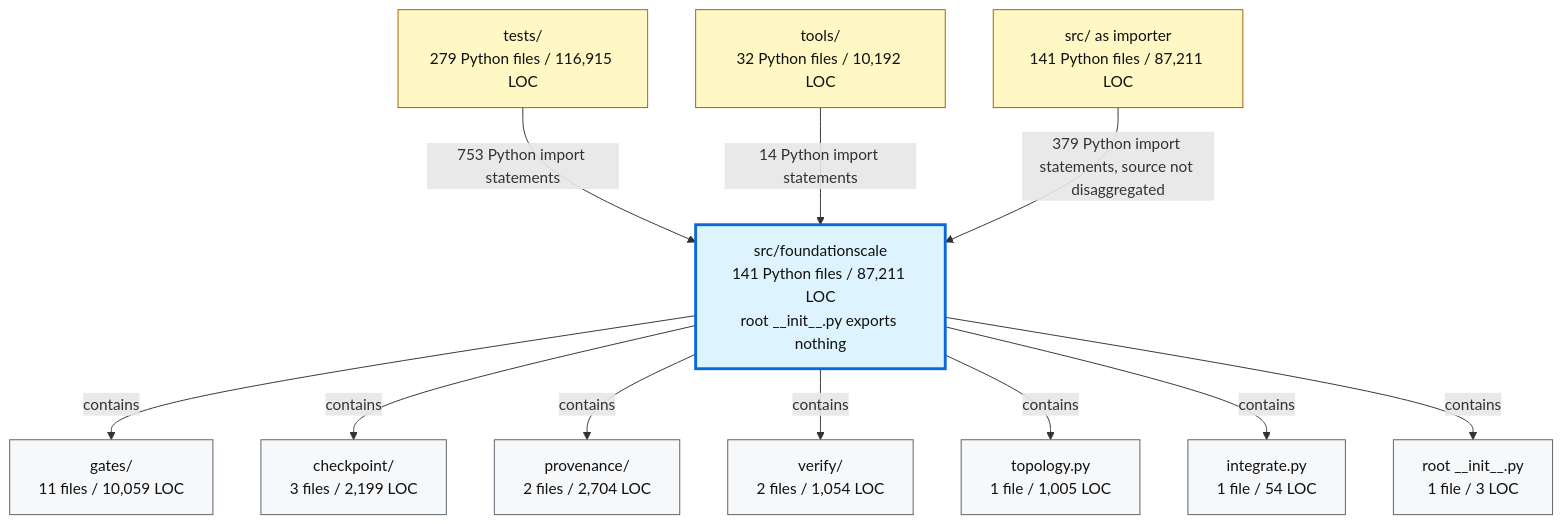
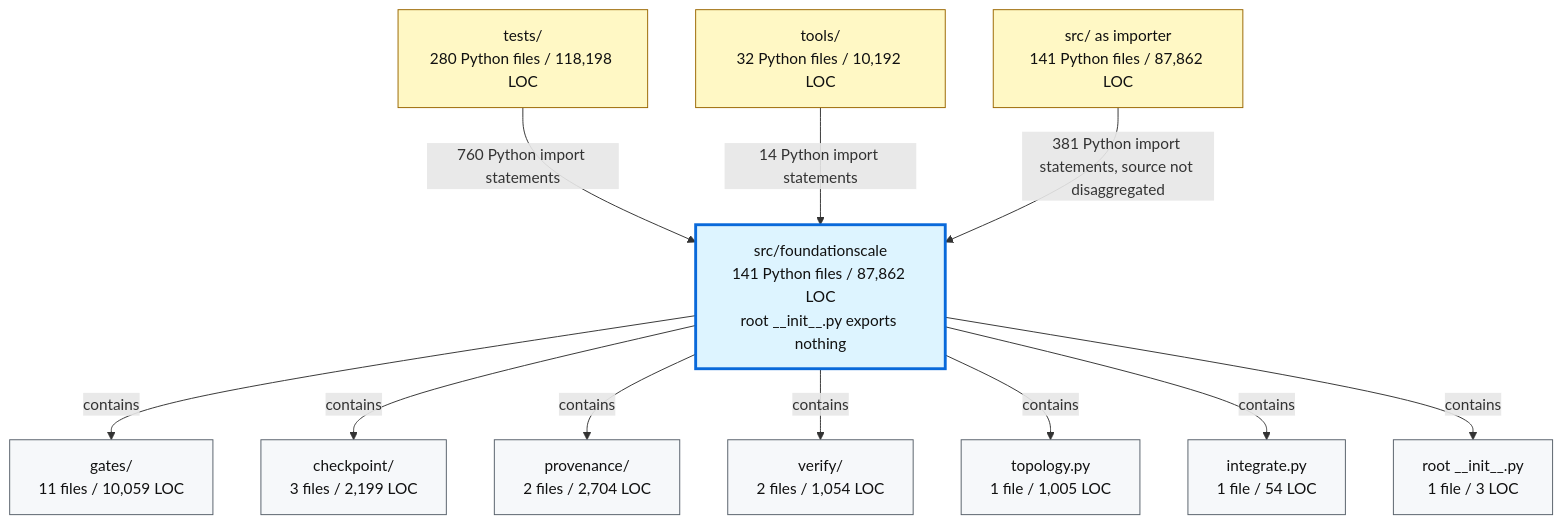
Before and after one commit to TranNhiem/FoundationScale: the second of 2 diagrams in docs/review/D2_current_architecture.md, drawn with Mermaid. The commit also changed other lines of this file and 10 other files, not shown here.

````diff
--- a/docs/review/D2_current_architecture.md
+++ b/docs/review/D2_current_architecture.md
@@ -97,36 +97,36 @@
 ```mermaid
 flowchart TB
-  TESTS["tests/<br/>279 Python files / 116,915 LOC"]
+  TESTS["tests/<br/>280 Python files / 118,198 LOC"]
   TOOLS["tools/<br/>32 Python files / 10,192 LOC"]
-  SRC["src/ as importer<br/>141 Python files / 87,211 LOC"]
+  SRC["src/ as importer<br/>141 Python files / 87,862 LOC"]
 
-  FS["src/foundationscale<br/>141 Python files / 87,211 LOC<br/>root __init__.py exports nothing"]
+  FS["src/foundationscale<br/>141 Python files / 87,862 LOC<br/>root __init__.py exports nothing"]
 
   GATES["gates/<br/>11 files / 10,059 LOC"]
   CKPT["checkpoint/<br/>3 files / 2,199 LOC"]
   PROV["provenance/<br/>2 files / 2,704 LOC"]
   VERIFY["verify/<br/>2 files / 1,054 LOC"]
   TOPO["topology.py<br/>1 file / 1,005 LOC"]
   INTEG["integrate.py<br/>1 file / 54 LOC"]
   ROOT["root __init__.py<br/>1 file / 3 LOC"]
 
-  TESTS -->|"753 Python import statements"| FS
+  TESTS -->|"760 Python import statements"| FS
   TOOLS -->|"14 Python import statements"| FS
-  SRC -->|"379 Python import statements, source not disaggregated"| FS
+  SRC -->|"381 Python import statements, source not disaggregated"| FS
 
   FS -->|"contains"| GATES
   FS -->|"contains"| CKPT
   FS -->|"contains"| PROV
   FS -->|"contains"| VERIFY
   FS -->|"contains"| TOPO
   FS -->|"contains"| INTEG
   FS -->|"contains"| ROOT
 
   classDef consumer fill:#fff8c5,stroke:#9a6700,color:#111;
   classDef package fill:#ddf4ff,stroke:#0969da,stroke-width:3px,color:#111;
   classDef module fill:#f6f8fa,stroke:#57606a,color:#111;
 
   class TESTS,TOOLS,SRC consumer;
   class FS package;
   class GATES,CKPT,PROV,VERIFY,TOPO,INTEG,ROOT module;
 ```
````
